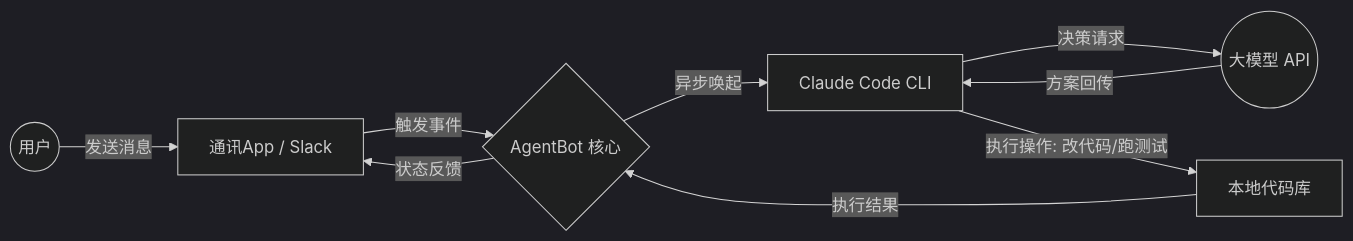
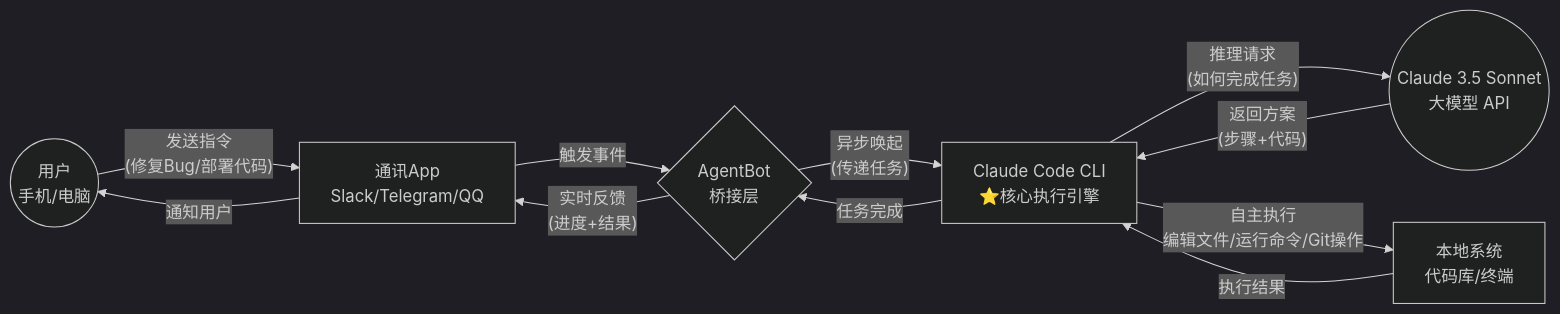
The diagram in README.md (davidyuan666/AgentBot), drawn with Mermaid (dark theme) before and after one commit. The commit also changed other lines of this file, not shown here.

````diff
--- a/README.md
+++ b/README.md
@@ -21,12 +48,14 @@
 ```mermaid
 graph LR
-    User((用户)) -- 发送消息 --> App[通讯App / Slack]
-    App -- 触发事件 --> AgentBot{AgentBot 核心}
-    AgentBot -- 异步唤起 --> CLI[Claude Code CLI]
-    CLI -- 决策请求 --> LLM((大模型 API))
-    LLM -- 方案回传 --> CLI
-    CLI -- 执行操作: 改代码/跑测试 --> Local[本地代码库]
-    Local -- 执行结果 --> AgentBot
-    AgentBot -- 状态反馈 --> App
+    User((用户<br/>手机/电脑)) -- "发送指令<br/>(修复Bug/部署代码)" --> App[通讯App<br/>Slack/Telegram/QQ]
+    App -- 触发事件 --> AgentBot{AgentBot<br/>桥接层}
+    AgentBot -- "异步唤起<br/>(传递任务)" --> CLI[Claude Code CLI<br/>⭐核心执行引擎]
+    CLI -- "推理请求<br/>(如何完成任务)" --> LLM((Claude 3.5 Sonnet<br/>大模型 API))
+    LLM -- "返回方案<br/>(步骤+代码)" --> CLI
+    CLI -- "自主执行<br/>编辑文件/运行命令/Git操作" --> Local[本地系统<br/>代码库/终端]
+    Local -- 执行结果 --> CLI
+    CLI -- 任务完成 --> AgentBot
+    AgentBot -- "实时反馈<br/>(进度+结果)" --> App
+    App -- 通知用户 --> User
 
 ```
````
